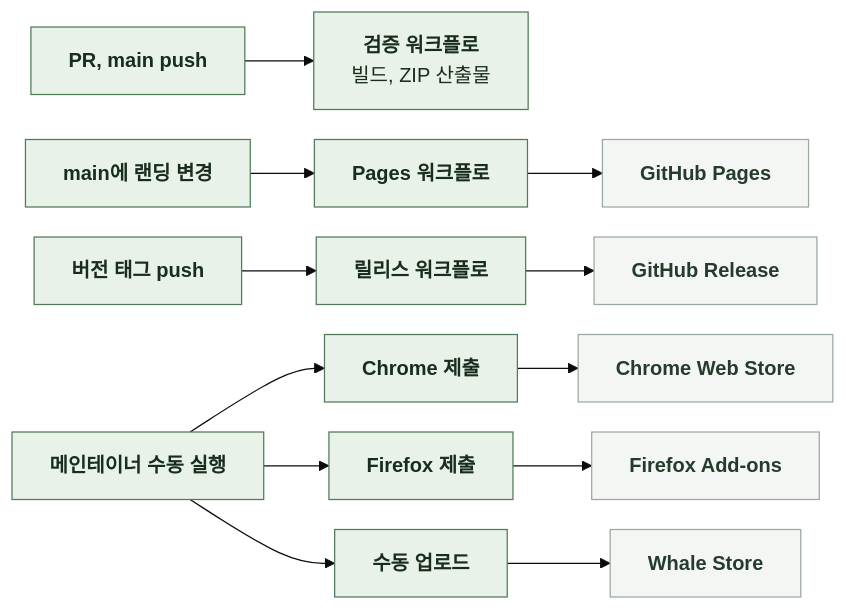
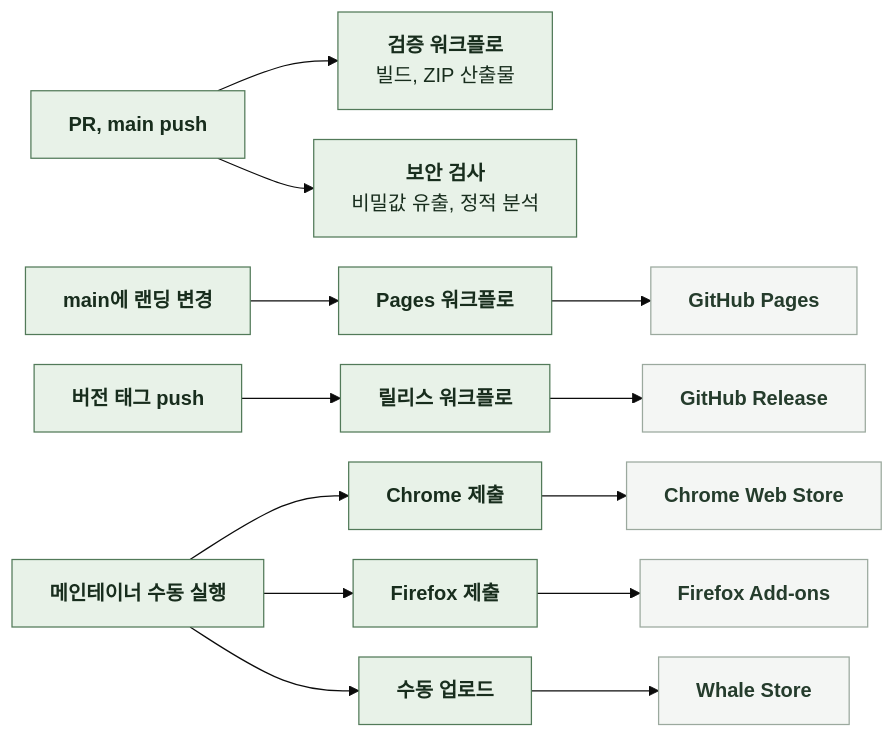
One commit to kangkyunghyun/LinKHU changed the diagram in docs/spec/7-4-DEPLOYMENT.md. Above: the diagram before and after it, drawn with Mermaid (base theme). The commit also changed other lines of this file and 4 other files, not shown here.

````diff
--- a/docs/spec/7-4-DEPLOYMENT.md
+++ b/docs/spec/7-4-DEPLOYMENT.md
@@ -33,15 +33,17 @@
 ```mermaid
 %%{init: {"flowchart": {"curve": "basis", "nodeSpacing": 24, "rankSpacing": 40}}}%%
 flowchart LR
     PR["`**PR, main push**`"] --> V["`**검증 워크플로**
 빌드, ZIP 산출물`"]
+    PR --> S["`**보안 검사**
+비밀값 유출, 정적 분석`"]
     M["`**main에 랜딩 변경**`"] --> PG["`**Pages 워크플로**`"] --> L["`**GitHub Pages**`"]
     T["`**버전 태그 push**`"] --> R["`**릴리스 워크플로**`"] --> GR["`**GitHub Release**`"]
     H["`**메인테이너 수동 실행**`"] --> C["`**Chrome 제출**`"] --> CW["`**Chrome Web Store**`"]
     H --> F["`**Firefox 제출**`"] --> FA["`**Firefox Add-ons**`"]
     H --> W["`**수동 업로드**`"] --> WS["`**Whale Store**`"]
     classDef comp fill:#E8F2E8,stroke:#527A59,color:#182D1D
     classDef ext fill:#F4F6F4,stroke:#9BA99E,color:#253C2C
-    class PR,V,M,PG,T,R,H,C,F,W comp
+    class PR,V,S,M,PG,T,R,H,C,F,W comp
     class L,GR,CW,FA,WS ext
 ```
````
